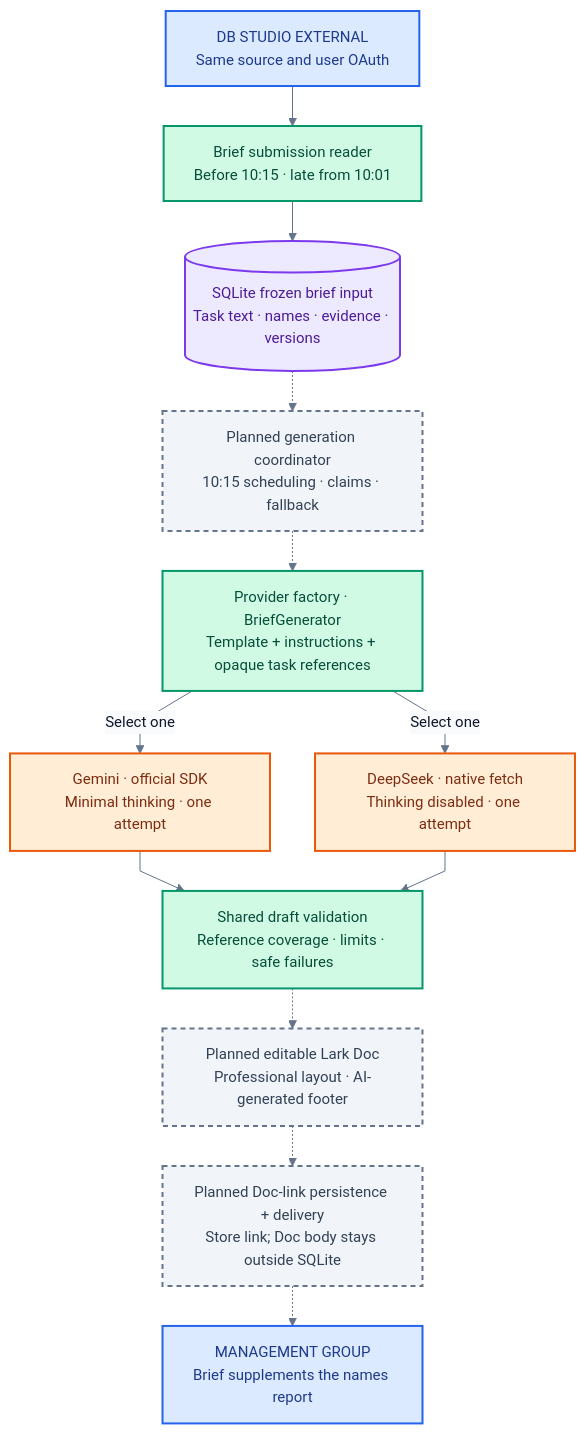
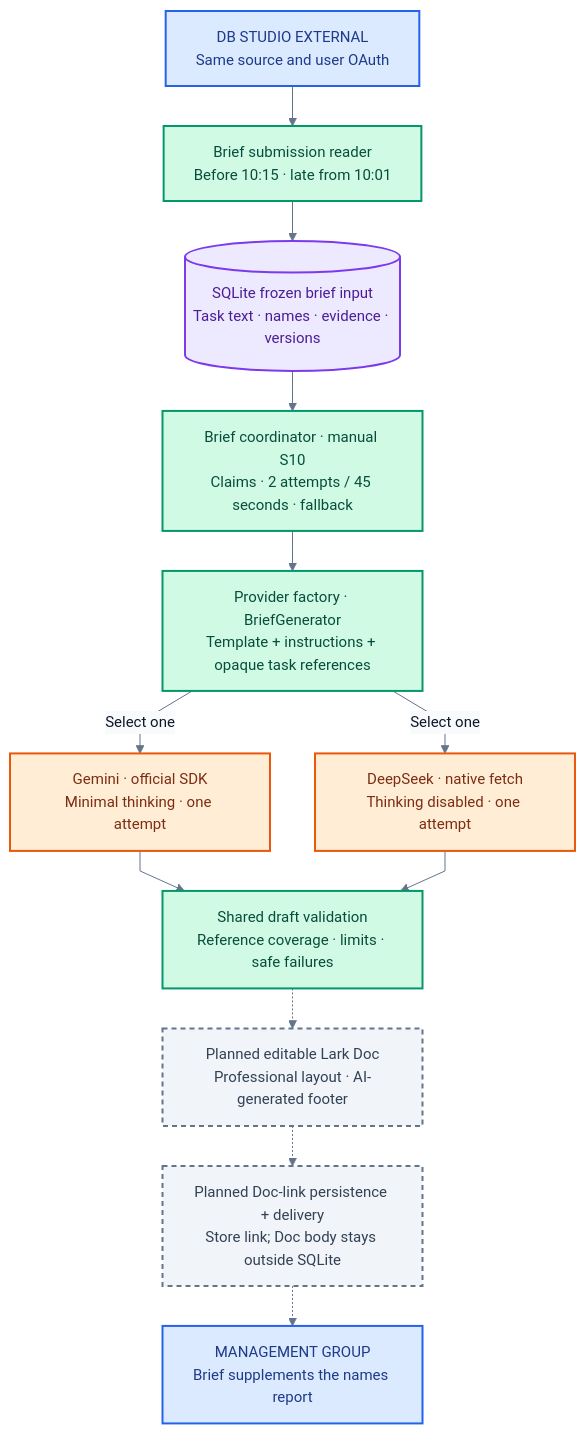
Before and after one commit to mbeka02/task-list-submission-automation: the second of 4 diagrams in README.md, drawn with Mermaid. The commit also changed other lines of this file, not shown here.

Commit message:
docs(brief): explain generation budgets and fallback recovery

````diff
--- a/README.md
+++ b/README.md
@@ -85,33 +85,33 @@
 ```mermaid
 %%{init: {"theme":"base","themeVariables":{"fontFamily":"sans-serif","fontSize":"15px","lineColor":"#64748b","primaryTextColor":"#0f172a","edgeLabelBackground":"#f8fafc"},"flowchart":{"curve":"linear","nodeSpacing":45,"rankSpacing":40}}}%%
 flowchart TB
     SOURCE_AI["DB STUDIO EXTERNAL<br/>Same source and user OAuth"]:::lark
     CAPTURE["Brief submission reader<br/>Before 10:15 · late from 10:01"]:::worker
     INPUT[("SQLite frozen brief input<br/>Task text · names · evidence · versions")]:::storage
-    COORD["Planned generation coordinator<br/>10:15 scheduling · claims · fallback"]:::planned
+    COORD["Brief coordinator · manual S10<br/>Claims · 2 attempts / 45 seconds · fallback"]:::worker
     SELECT["Provider factory · BriefGenerator<br/>Template + instructions + opaque task references"]:::worker
     GEMINI["Gemini · official SDK<br/>Minimal thinking · one attempt"]:::provider
     DEEPSEEK["DeepSeek · native fetch<br/>Thinking disabled · one attempt"]:::provider
     VALIDATE["Shared draft validation<br/>Reference coverage · limits · safe failures"]:::worker
     DOC["Planned editable Lark Doc<br/>Professional layout · AI-generated footer"]:::planned
     LINK["Planned Doc-link persistence + delivery<br/>Store link; Doc body stays outside SQLite"]:::planned
     MANAGEMENT["MANAGEMENT GROUP<br/>Brief supplements the names report"]:::lark
 
     SOURCE_AI --> CAPTURE
     CAPTURE --> INPUT
-    INPUT -.-> COORD
-    COORD -.-> SELECT
+    INPUT --> COORD
+    COORD --> SELECT
     SELECT -->|Select one| GEMINI
     SELECT -->|Select one| DEEPSEEK
     GEMINI --> VALIDATE
     DEEPSEEK --> VALIDATE
     VALIDATE -.-> DOC
     DOC -.-> LINK
     LINK -.-> MANAGEMENT
 
     classDef lark fill:#dbeafe,stroke:#2563eb,color:#1e3a8a,stroke-width:2px;
     classDef worker fill:#d1fae5,stroke:#059669,color:#064e3b,stroke-width:2px;
     classDef storage fill:#ede9fe,stroke:#7c3aed,color:#4c1d95,stroke-width:2px;
     classDef provider fill:#ffedd5,stroke:#ea580c,color:#7c2d12,stroke-width:2px;
     classDef planned fill:#f1f5f9,stroke:#64748b,color:#334155,stroke-width:2px,stroke-dasharray:5 4;
 ```
````
